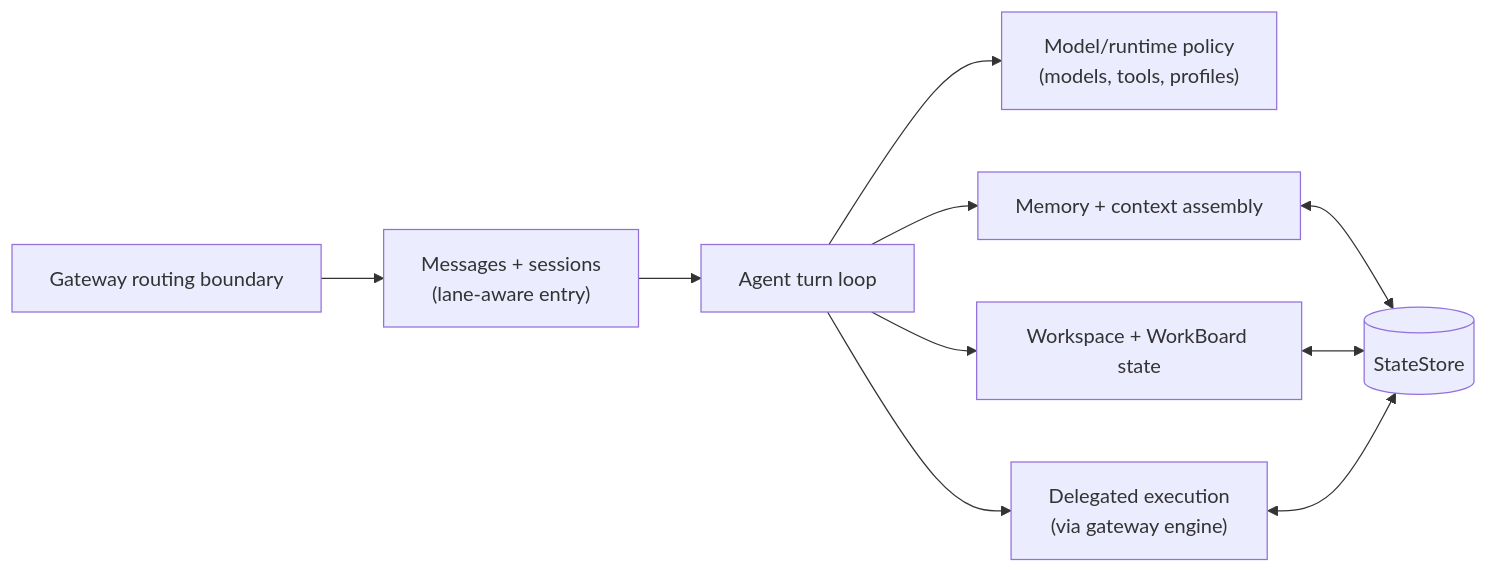
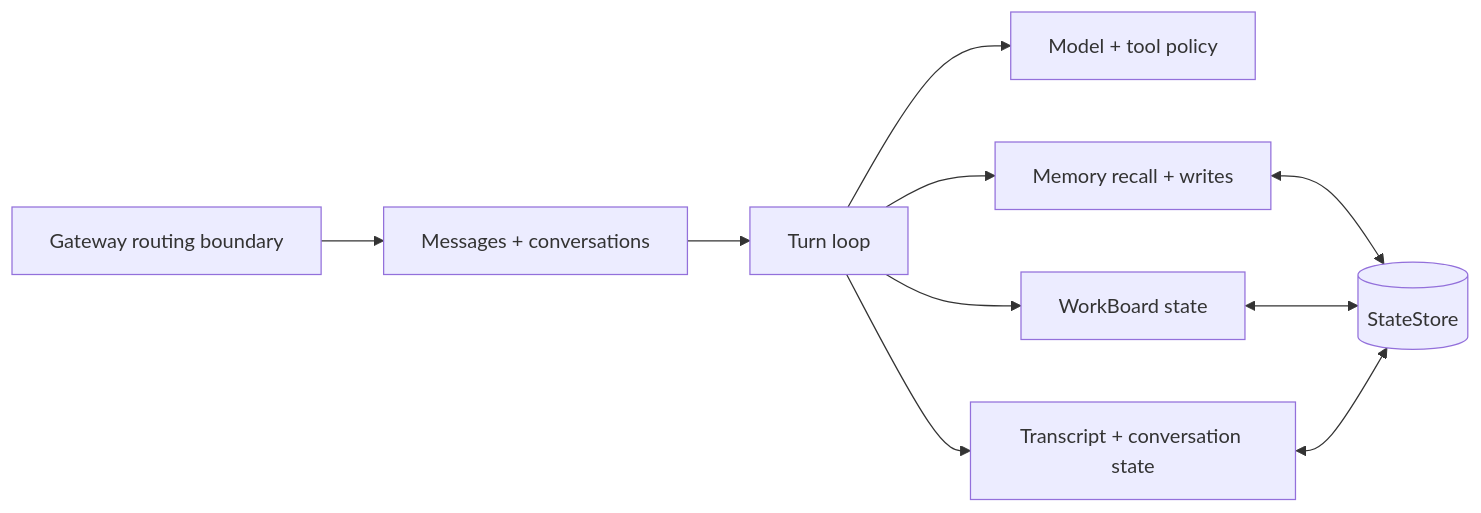
Before and after one commit to tyrumai/tyrum: the diagram in docs/architecture/agent/index.md, drawn with Mermaid. The commit also changed other lines of this file and 56 other files, not shown here.

Commit message:
docs: rewrite architecture around conversations and turns (#1829)

````diff
--- a/docs/architecture/agent/index.md
+++ b/docs/architecture/agent/index.md
@@ -17,14 +17,14 @@
 ```mermaid
 flowchart LR
-  GW["Gateway routing boundary"] --> MSG["Messages + sessions<br/>(lane-aware entry)"]
-  MSG --> LOOP["Agent turn loop"]
+  GW["Gateway routing boundary"] --> MSG["Messages + conversations"]
+  MSG --> LOOP["Turn loop"]
 
-  LOOP --> MODEL["Model/runtime policy<br/>(models, tools, profiles)"]
-  LOOP --> MEM["Memory + context assembly"]
-  LOOP --> WORK["Workspace + WorkBoard state"]
-  LOOP --> EXEC["Delegated execution<br/>(via gateway engine)"]
+  LOOP --> MODEL["Model + tool policy"]
+  LOOP --> MEM["Memory recall + writes"]
+  LOOP --> WORK["WorkBoard state"]
+  LOOP --> STATE["Transcript + conversation state"]
 
   MEM <--> STORE[("StateStore")]
   WORK <--> STORE
-  EXEC <--> STORE
+  STATE <--> STORE
 ```
````
